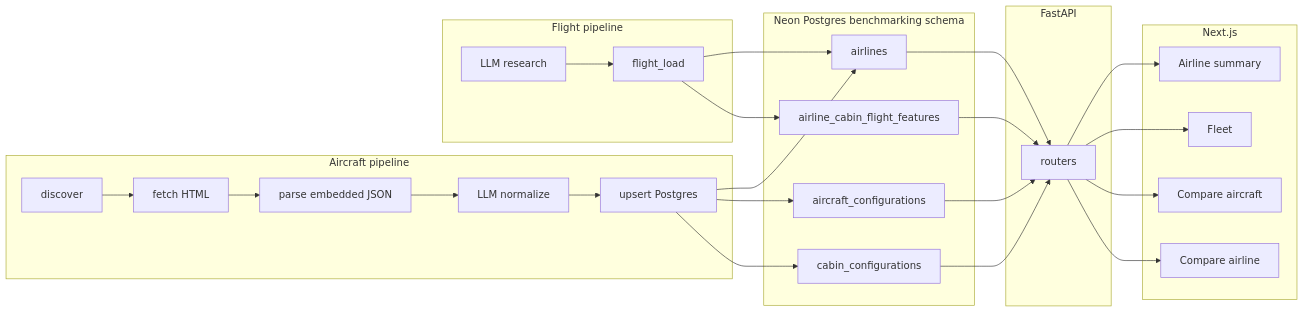
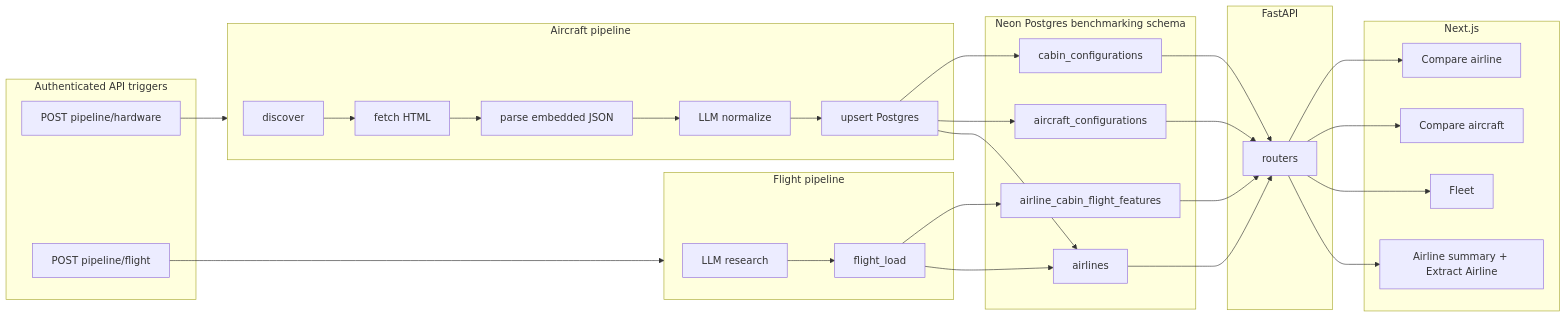
The first of 2 diagrams in docs/architecture.md (ongsterr/airline-benchmarking), drawn with Mermaid before and after one commit. The commit also changed other lines of this file and 4 other files, not shown here.

````diff
--- a/docs/architecture.md
+++ b/docs/architecture.md
@@ -88,31 +95,37 @@
 ```mermaid
 flowchart LR
     subgraph pipelineA [Aircraft pipeline]
         D[discover] --> F[fetch HTML]
         F --> P[parse embedded JSON]
         P --> N[LLM normalize]
         N --> L[upsert Postgres]
     end
     subgraph pipelineF [Flight pipeline]
         R[LLM research] --> LF[flight_load]
     end
     subgraph storage [Neon Postgres benchmarking schema]
         T1[airlines]
         T2[aircraft_configurations]
         T3[cabin_configurations]
         T4[airline_cabin_flight_features]
     end
     subgraph serve [FastAPI]
         API[routers]
     end
     subgraph ui [Next.js]
-        V1[Airline summary]
+        V1[Airline summary + Extract Airline]
         V2[Fleet]
         V3[Compare aircraft]
         V4[Compare airline]
+    end
+    subgraph apiTrigger [Authenticated API triggers]
+        PH[POST pipeline/hardware]
+        PF[POST pipeline/flight]
     end
     L --> T1 & T2 & T3
     LF --> T1 & T4
     T1 & T2 & T3 & T4 --> API
     API --> V1 & V2 & V3 & V4
+    PH --> pipelineA
+    PF --> pipelineF
 ```
````
